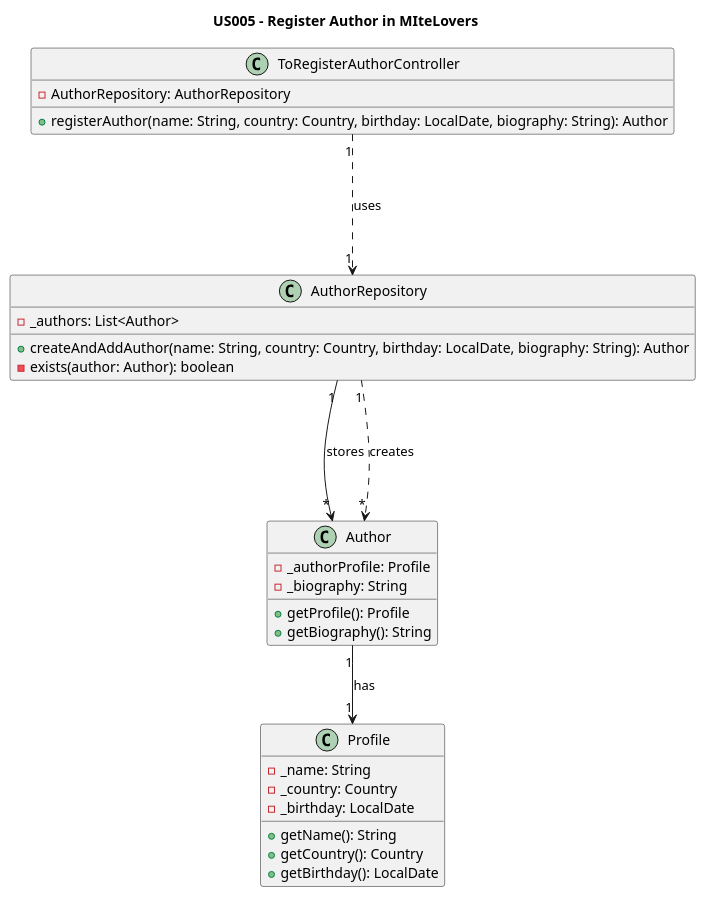
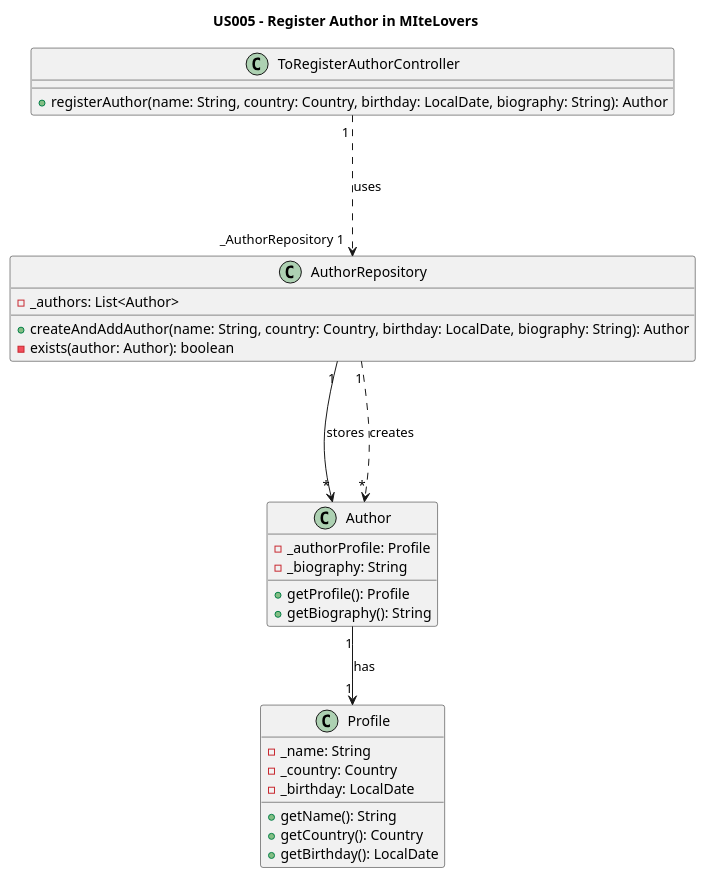
Before and after one commit to AndrePereiraGitH/SWitCH-Project-Team_A: the diagram in Diagrams/ClassDiagrams/US005-to-register-an-author-in-MiteLovers.puml, drawn with PlantUML. The commit also changed 1 other file, not shown here.

```diff
--- a/Diagrams/ClassDiagrams/US005-to-register-an-author-in-MiteLovers.puml
+++ b/Diagrams/ClassDiagrams/US005-to-register-an-author-in-MiteLovers.puml
@@ -1,36 +1,35 @@
 @startuml
 title US005 - Register Author in MIteLovers
 
 class ToRegisterAuthorController {
-  -AuthorRepository: AuthorRepository
   +registerAuthor(name: String, country: Country, birthday: LocalDate, biography: String): Author
 }
 
 class AuthorRepository {
   -_authors: List<Author>
   +createAndAddAuthor(name: String, country: Country, birthday: LocalDate, biography: String): Author
   -exists(author: Author): boolean
 }
 
 class Author {
   -_authorProfile: Profile
   -_biography: String
   +getProfile(): Profile
   +getBiography(): String
 }
 
 class Profile {
   -_name: String
   -_country: Country
   -_birthday: LocalDate
   +getName(): String
   +getCountry(): Country
   +getBirthday(): LocalDate
 }
 
-ToRegisterAuthorController "1" -.-> "1" AuthorRepository : uses
+ToRegisterAuthorController "1 " -.-> "_AuthorRepository 1" AuthorRepository : uses
 AuthorRepository "1" --> "*" Author : stores
 AuthorRepository "1" -.-> "*" Author : creates
 Author "1" --> "1" Profile : has
 
 @enduml
```
